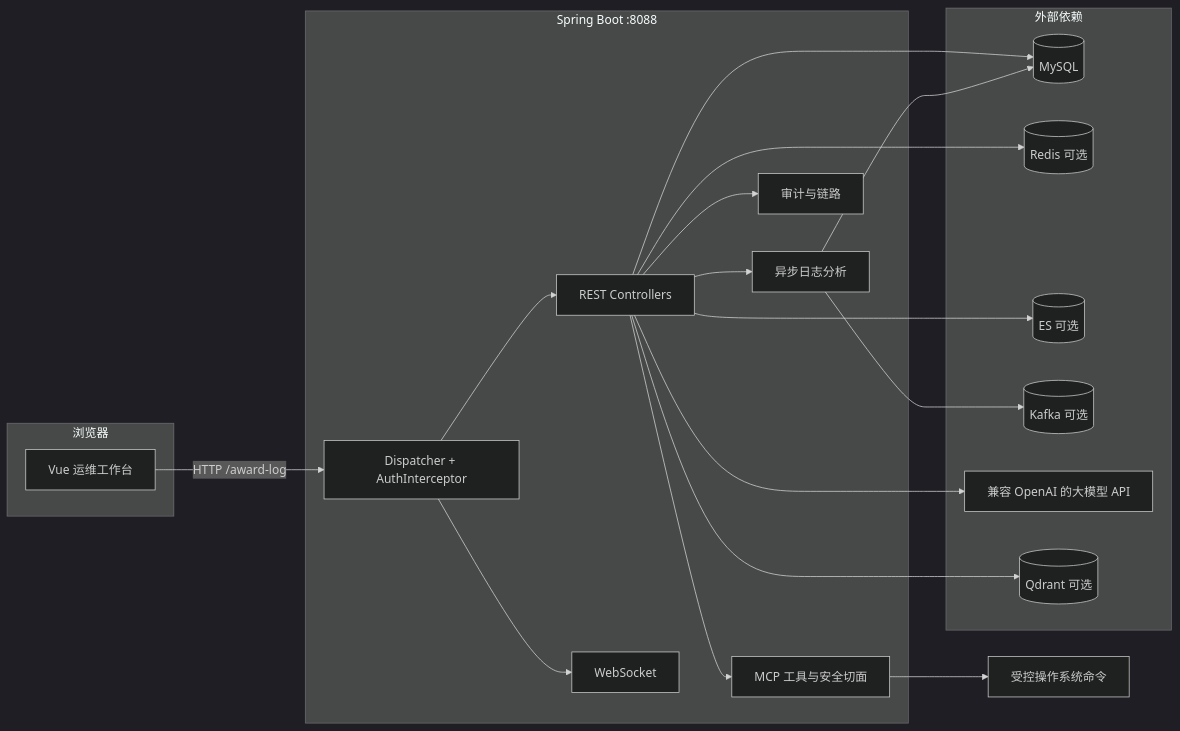
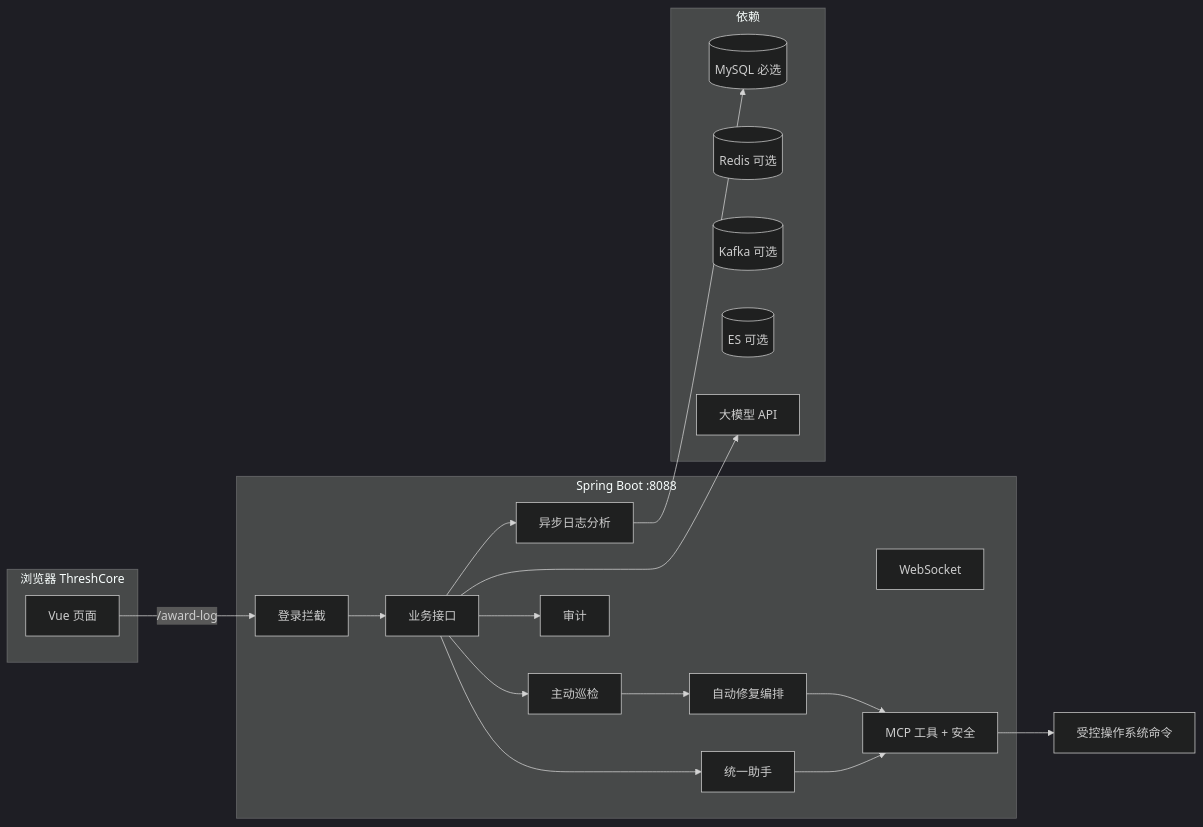
Before and after one commit to zhaokai0604/-agent: the second of 2 diagrams in README.md, drawn with Mermaid (dark theme). The commit also changed other lines of this file and 106 other files, not shown here.

````diff
--- a/README.md
+++ b/README.md
@@ -99,36 +349,31 @@
 ```mermaid
 flowchart LR
-  subgraph client[浏览器]
-    FE[Vue 运维工作台]
+  subgraph client[浏览器 ThreshCore]
+    FE[Vue 页面]
   end
   subgraph server[Spring Boot :8088]
-    GW[Dispatcher + AuthInterceptor]
-    REST[REST Controllers]
+    GW[登录拦截]
+    REST[业务接口]
     WS[WebSocket]
+    PAT[主动巡检]
+    REM[自动修复编排]
     JOB[异步日志分析]
-    MCP[MCP 工具与安全切面]
-    AUD[审计与链路]
+    MCP[MCP 工具 + 安全]
+    UA[统一助手]
+    AUD[审计]
   end
-  subgraph deps[外部依赖]
-    MY[(MySQL)]
+  subgraph deps[依赖]
+    MY[(MySQL 必选)]
     RD[(Redis 可选)]
+    KF[(Kafka 可选)]
     ES[(ES 可选)]
-    KF[(Kafka 可选)]
-    LLM[兼容 OpenAI 的大模型 API]
-    QD[(Qdrant 可选)]
+    LLM[大模型 API]
   end
-  FE -->|HTTP /award-log| GW
-  GW --> REST
-  GW --> WS
-  REST --> JOB
-  REST --> MCP
+  FE -->|/award-log| GW --> REST
+  REST --> PAT --> REM --> MCP
+  REST --> JOB --> MY
+  REST --> UA --> MCP
   REST --> AUD
-  JOB --> MY
-  REST --> MY
-  REST --> RD
-  REST --> ES
-  JOB --> KF
   REST --> LLM
-  REST --> QD
   MCP --> OS[受控操作系统命令]
 ```
````
